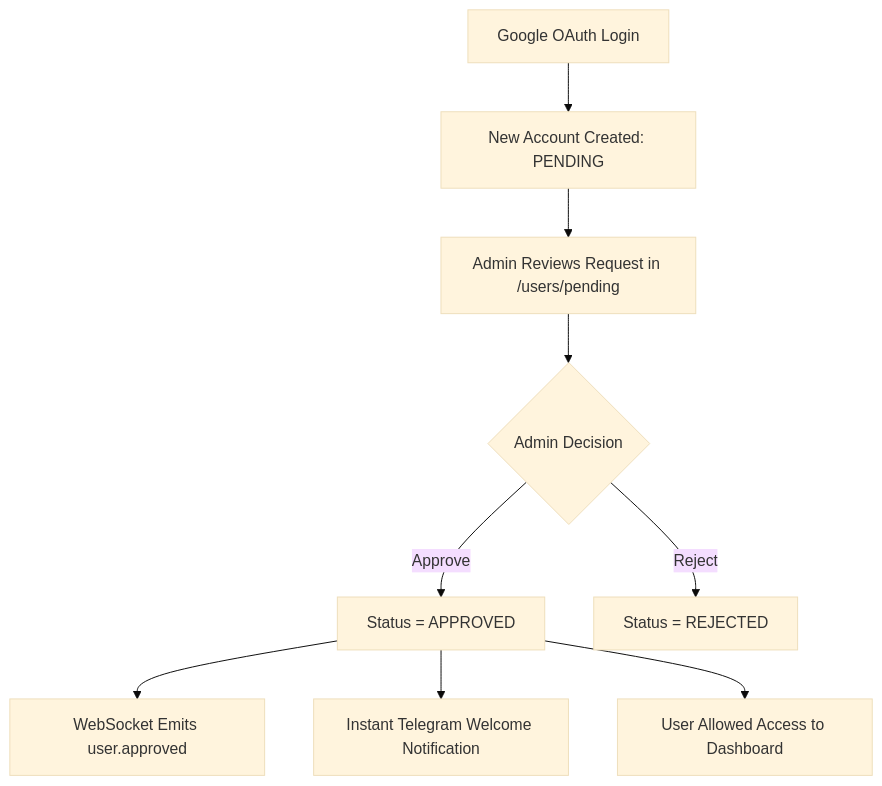
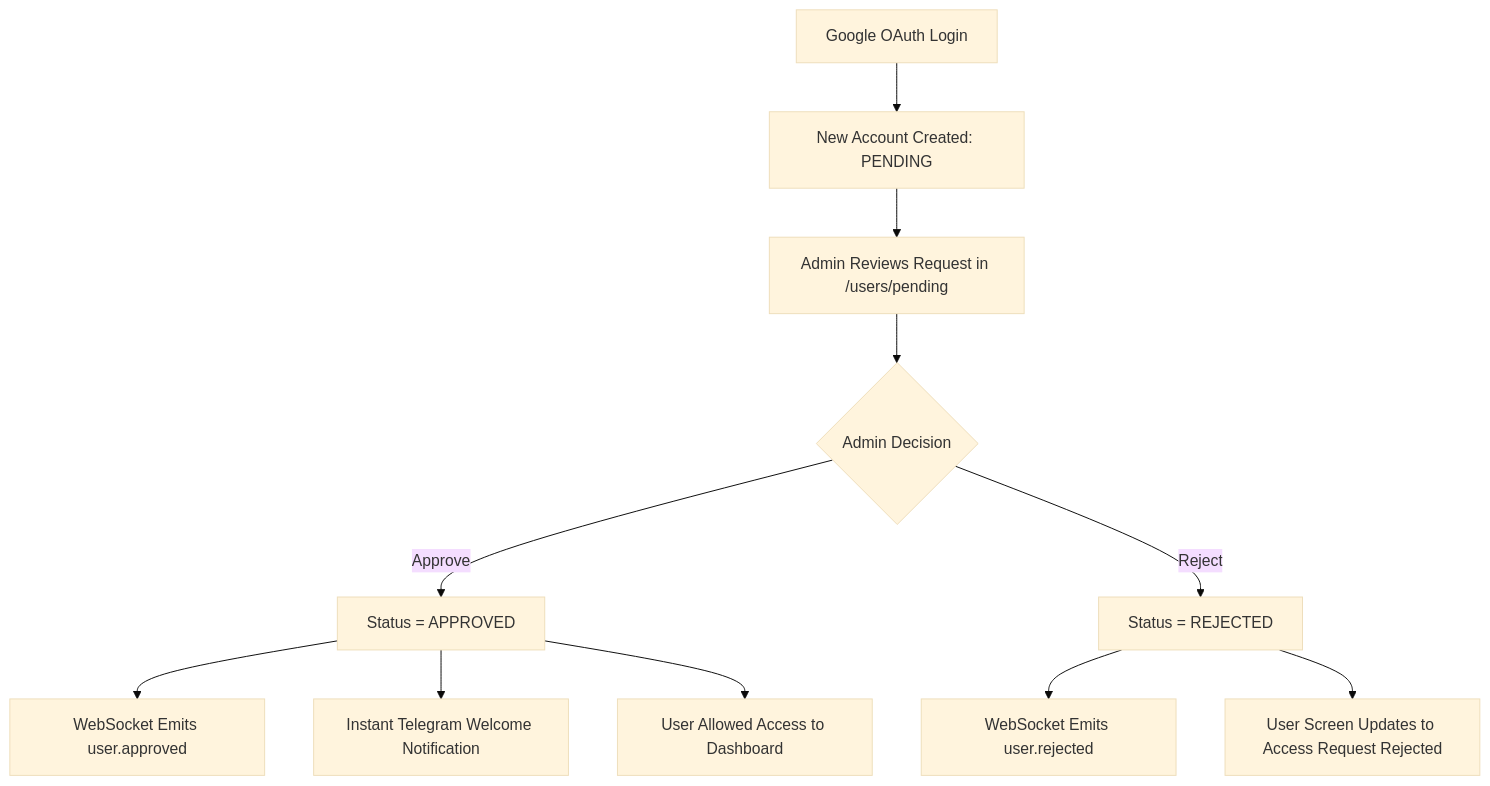
The second of 2 diagrams in README.md (priyanshu-kumar-uk/Incident-bot), drawn with Mermaid (base theme) before and after one commit. The commit also changed other lines of this file, not shown here.

````diff
--- a/README.md
+++ b/README.md
@@ -234,11 +245,13 @@
 ```mermaid
 flowchart TD
     A[Google OAuth Login] --> B[New Account Created: PENDING]
     B --> C[Admin Reviews Request in /users/pending]
     C --> D{Admin Decision}
     D -->|Approve| E[Status = APPROVED]
     D -->|Reject| F[Status = REJECTED]
     E --> G[WebSocket Emits user.approved]
     E --> H[Instant Telegram Welcome Notification]
     E --> I[User Allowed Access to Dashboard]
+    F --> J[WebSocket Emits user.rejected]
+    F --> K[User Screen Updates to Access Request Rejected]
 ```
````
